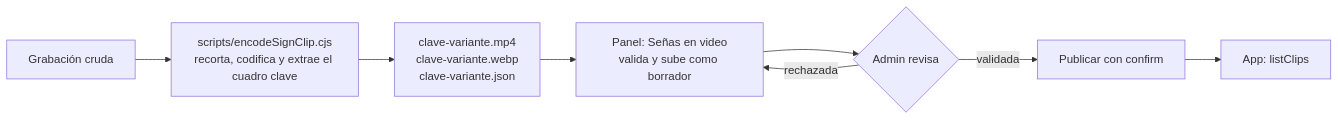
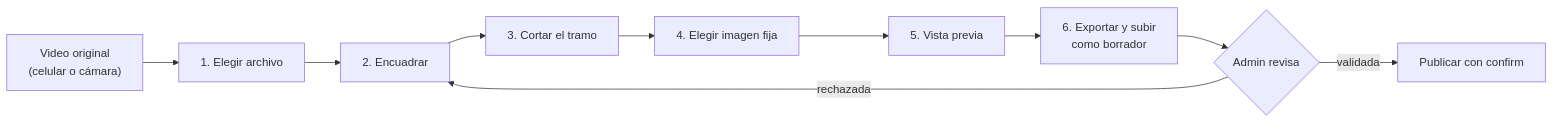
The second of 2 diagrams in docs/10-senas-en-video.md (BenjajaDev/SenaPlay), drawn with Mermaid before and after one commit. The commit also changed other lines of this file and 1 other file, not shown here.

First line of the commit message:
docs: editor de clips en el panel para encuadrar y recortar señas

````diff
--- a/docs/10-senas-en-video.md
+++ b/docs/10-senas-en-video.md
@@ -143,10 +139,12 @@
 ```mermaid
 flowchart LR
-    A[Grabación cruda] --> B["scripts/encodeSignClip.cjs<br/>recorta, codifica y extrae el cuadro clave"]
-    B --> C["clave-variante.mp4<br/>clave-variante.webp<br/>clave-variante.json"]
-    C --> D["Panel: Señas en video<br/>valida y sube como borrador"]
-    D --> E{Admin revisa}
-    E -- validada --> F[Publicar con confirm]
-    E -- rechazada --> D
-    F --> G[App: listClips]
+    A["Video original<br/>(celular o cámara)"] --> B[1. Elegir archivo]
+    B --> C[2. Encuadrar]
+    C --> D[3. Cortar el tramo]
+    D --> E[4. Elegir imagen fija]
+    E --> F[5. Vista previa]
+    F --> G["6. Exportar y subir<br/>como borrador"]
+    G --> H{Admin revisa}
+    H -- validada --> I[Publicar con confirm]
+    H -- rechazada --> C
 ```
````
